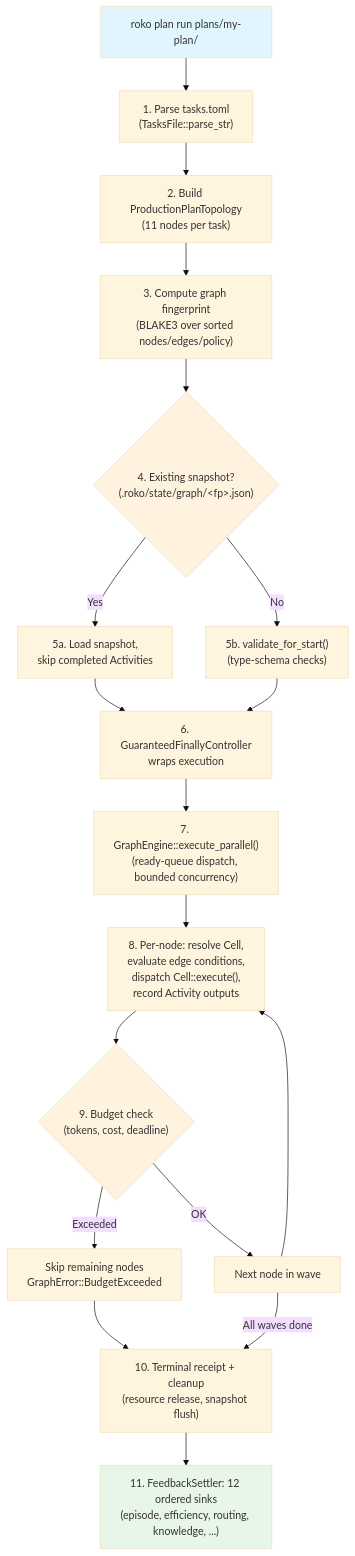
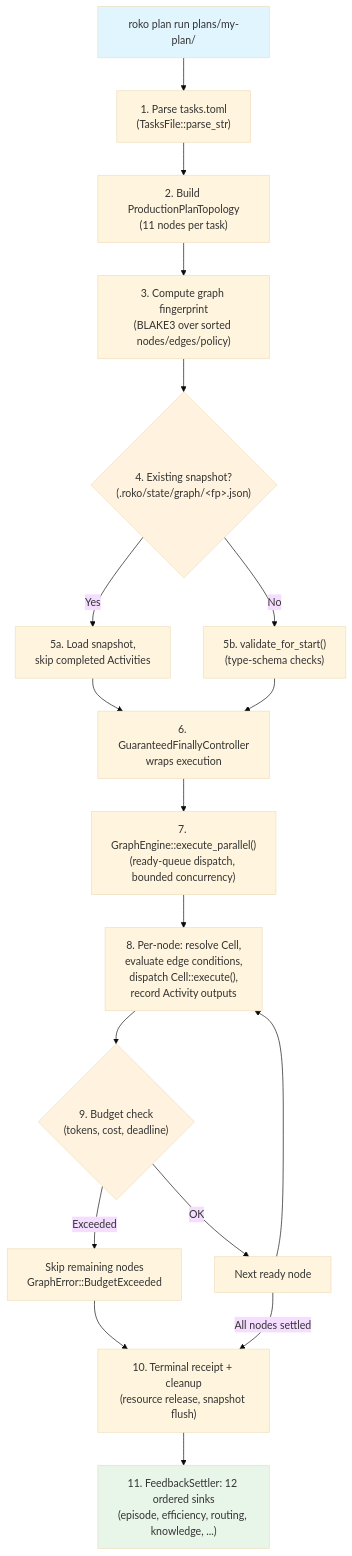
One commit to wpank/roko changed the second of 6 diagrams in docs/v3/03-GRAPH.md. Above: the diagram before and after it, drawn with Mermaid (base theme). The commit also changed other lines of this file and 4 other files, not shown here.

First line of the commit message:
docs/v3: the Graph engine runs a ready queue, not wave by wave

````diff
--- a/docs/v3/03-GRAPH.md
+++ b/docs/v3/03-GRAPH.md
@@ -307,25 +314,25 @@
 ```mermaid
 flowchart TD
     CLI["roko plan run plans/my-plan/"] --> Parse["1. Parse tasks.toml<br/>(TasksFile::parse_str)"]
     Parse --> Topology["2. Build ProductionPlanTopology<br/>(11 nodes per task)"]
     Topology --> Fingerprint["3. Compute graph fingerprint<br/>(BLAKE3 over sorted nodes/edges/policy)"]
     Fingerprint --> CheckSnap{"4. Existing snapshot?<br/>(.roko/state/graph/&lt;fp&gt;.json)"}
     CheckSnap -->|Yes| Resume["5a. Load snapshot,<br/>skip completed Activities"]
     CheckSnap -->|No| Validate["5b. validate_for_start()<br/>(type-schema checks)"]
     Resume --> Finally["6. GuaranteedFinallyController<br/>wraps execution"]
     Validate --> Finally
     Finally --> Execute["7. GraphEngine::execute_parallel()<br/>(ready-queue dispatch, bounded concurrency)"]
     Execute --> PerNode["8. Per-node: resolve Cell,<br/>evaluate edge conditions,<br/>dispatch Cell::execute(),<br/>record Activity outputs"]
     PerNode --> Budget{"9. Budget check<br/>(tokens, cost, deadline)"}
     Budget -->|Exceeded| Skip["Skip remaining nodes<br/>GraphError::BudgetExceeded"]
-    Budget -->|OK| NextNode["Next node in wave"]
+    Budget -->|OK| NextNode["Next ready node"]
     NextNode --> PerNode
     Skip --> Receipt["10. Terminal receipt + cleanup<br/>(resource release, snapshot flush)"]
-    NextNode -->|All waves done| Receipt
+    NextNode -->|All nodes settled| Receipt
     Receipt --> Feedback["11. FeedbackSettler: 12 ordered sinks<br/>(episode, efficiency, routing, knowledge, ...)"]
 
     style CLI fill:#e1f5fe
     style CheckSnap fill:#fff3e0
     style Budget fill:#fff3e0
     style Feedback fill:#e8f5e9
 ```
````
